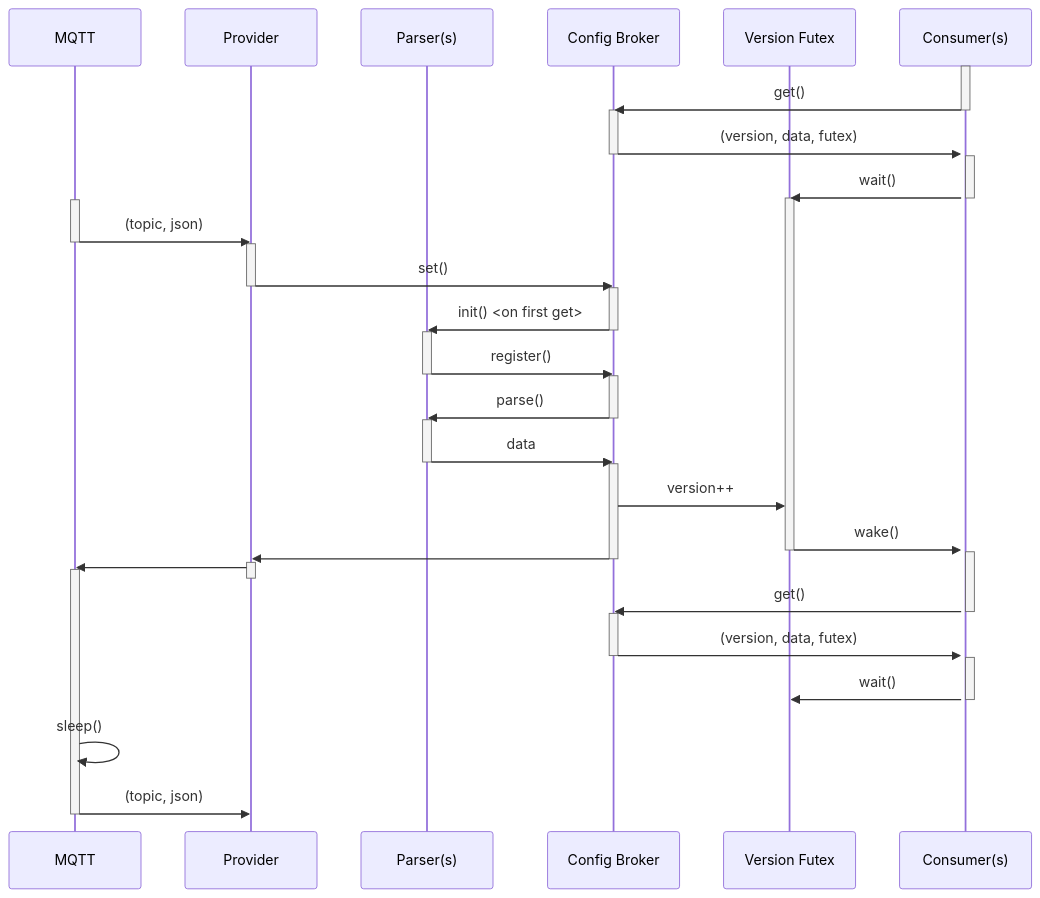
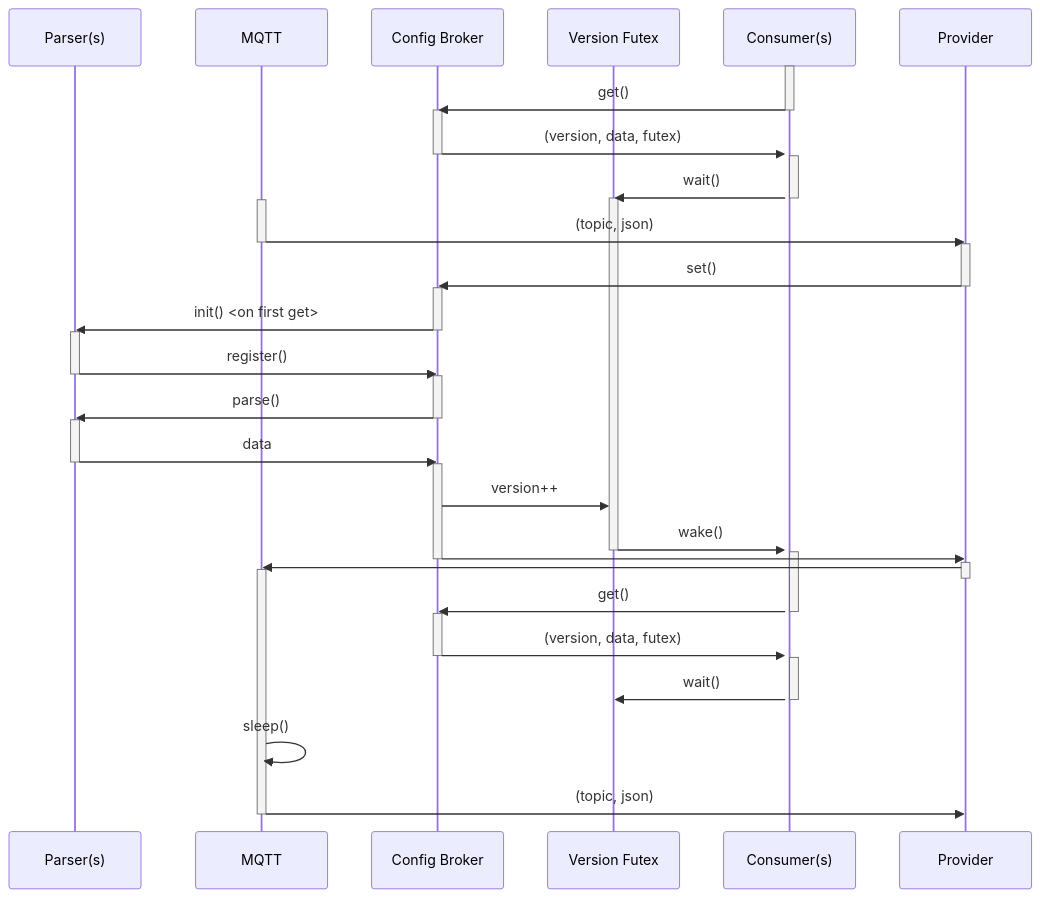
The second of 2 diagrams in configuration_broker/README.md (PhilDay-CT/cheriot-demos), drawn with Mermaid before and after one commit. The commit also changed other lines of this file and 1 other file, not shown here.

````diff
--- a/configuration_broker/README.md
+++ b/configuration_broker/README.md
@@ -228,80 +282,79 @@
 ```mermaid
 sequenceDiagram
+  participant Parser
   participant MQTT
-  participant Provider
   participant Parser as Parser(s)
   participant Broker as Config Broker
   participant Futex as Version Futex
   participant Consumer as Consumer(s)
 
   activate Consumer
   Consumer ->> Broker : get()
   
   deactivate Consumer
   activate Broker
   Broker ->>+ Consumer: (version, data, futex)
   
   deactivate Broker
   activate Consumer
   Consumer ->> Futex : wait()
 
   activate Futex
   deactivate Consumer
 
   activate MQTT
   MQTT ->> Provider: (topic, json)
   deactivate MQTT
 
   activate Provider
   Provider ->> Broker: set()
   deactivate Provider
 
   activate Broker
   Broker->> Parser: init() <on first get>
   deactivate Broker
 
   activate Parser
   Parser ->> Broker : register()
   deactivate Parser
 
   activate Broker
   Broker->> Parser: parse()
   deactivate Broker
 
   activate Parser
   Parser ->> Broker : data
   deactivate Parser
 
   activate Broker
   Broker->> Futex: version++
 
   Futex ->> Consumer: wake()
   deactivate Futex
   activate Consumer
 
   Broker ->> Provider : 
   deactivate Broker
 
   activate Provider
   Provider ->> MQTT : 
   deactivate Provider
   activate MQTT
 
   Consumer ->> Broker : get()
   deactivate Consumer
   activate Broker
   
   Broker ->> Consumer: (version, data, futex)
   deactivate Broker
   activate Consumer
 
   Consumer ->> Futex : wait()
   deactivate Consumer
   activate Futex
 
   MQTT ->> MQTT : sleep()
   MQTT ->> Provider: (topic, json)
   deactivate MQTT
 
-
 ```
````
